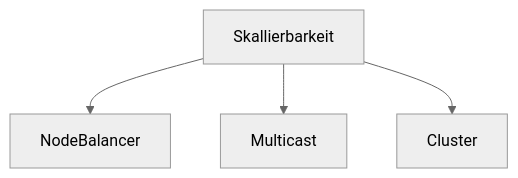
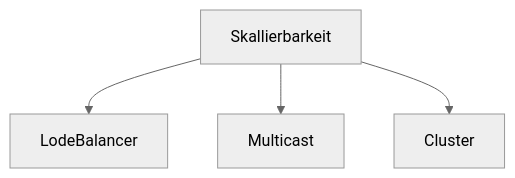
Before and after one commit to johannesloetzsch/LF10b: the diagram in src/skalierbarkeit.md, drawn with Mermaid (neutral theme). The commit also changed 6 other files, not shown here.

````diff
--- a/src/skalierbarkeit.md
+++ b/src/skalierbarkeit.md
@@ -3,6 +3,6 @@
 ```mermaid
 flowchart TB
-  Skallierbarkeit --> NodeBalancer
+  Skallierbarkeit --> LodeBalancer
   Skallierbarkeit --> Multicast
   Skallierbarkeit --> Cluster
 ```
````
